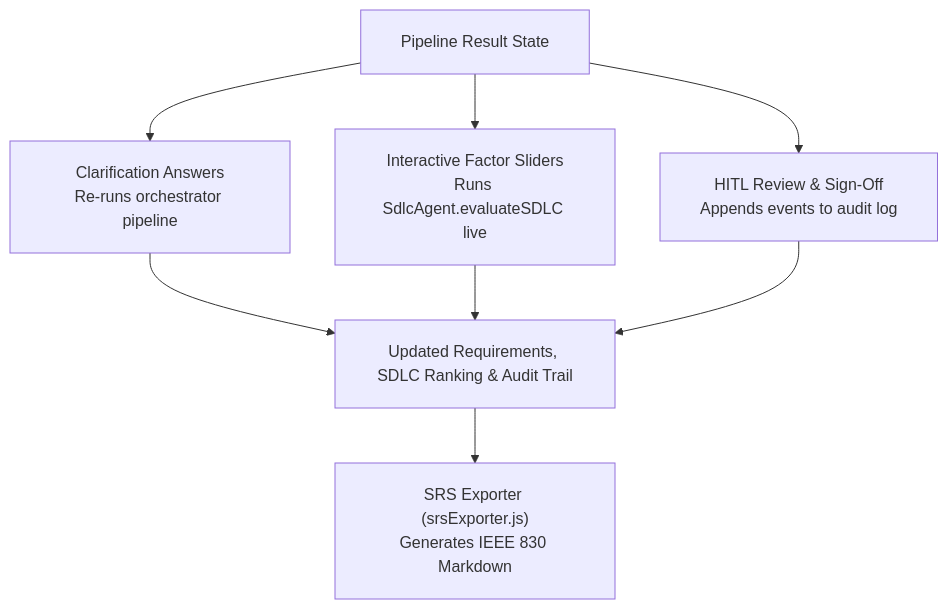
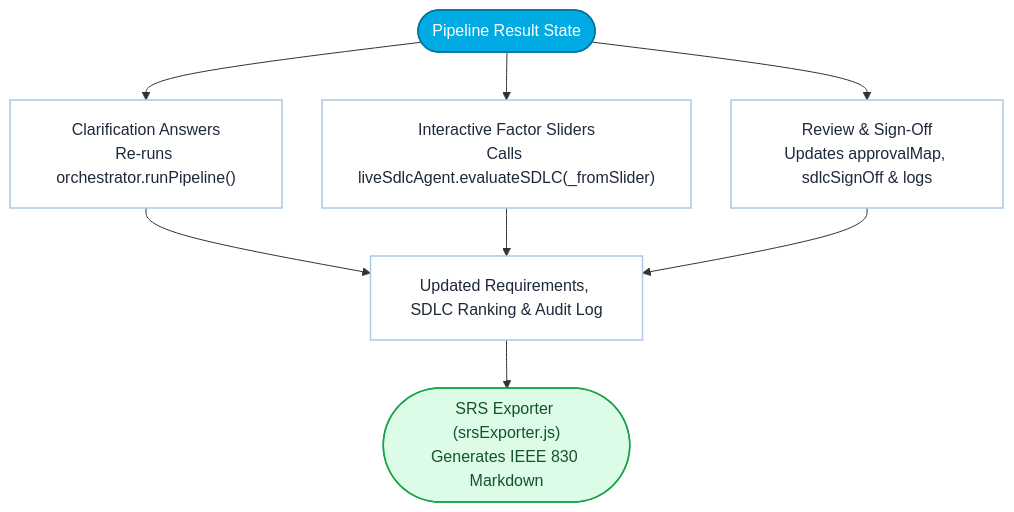
Before and after one commit to shivamkumar87/finreq-ai: the second of 2 diagrams in ARCHITECTURE.md, drawn with Mermaid. The commit also changed other lines of this file and 1 other file, not shown here.

Commit message:
docs: improve Mermaid flowcharts with multi-line labels, decision gates, and styling

````diff
--- a/ARCHITECTURE.md
+++ b/ARCHITECTURE.md
@@ -59,17 +77,25 @@
 ```mermaid
-%%{init: {'flowchart': {'rankSpacing': 55, 'nodeSpacing': 45, 'padding': 20, 'curve': 'basis'}}}%%
+%%{init: {'flowchart': {'rankSpacing': 48, 'nodeSpacing': 40, 'padding': 18, 'curve': 'basis'}}}%%
 flowchart TD
-    State["Pipeline Result State"]
+    State(["Pipeline Result State"])
 
-    Clarif["Clarification Answers\nRe-runs orchestrator pipeline"]
-    Sliders["Interactive Factor Sliders\nRuns SdlcAgent.evaluateSDLC live"]
-    HITL["HITL Review & Sign-Off\nAppends events to audit log"]
+    Clarif["Clarification Answers<br/>Re-runs orchestrator.runPipeline()"]
+    Sliders["Interactive Factor Sliders<br/>Calls liveSdlcAgent.evaluateSDLC(_fromSlider)"]
+    HITL["Review & Sign-Off<br/>Updates approvalMap, sdlcSignOff & logs"]
 
-    Updated["Updated Requirements, SDLC Ranking & Audit Trail"]
-    Export["SRS Exporter (srsExporter.js)\nGenerates IEEE 830 Markdown"]
+    Updated["Updated Requirements, SDLC Ranking & Audit Log"]
+    Export(["SRS Exporter (srsExporter.js)<br/>Generates IEEE 830 Markdown"])
 
     State --> Clarif --> Updated
     State --> Sliders --> Updated
     State --> HITL --> Updated
     Updated --> Export
+
+    classDef io fill:#00ABE4,stroke:#00749E,color:#FFFFFF,stroke-width:1.5px;
+    classDef step fill:#FFFFFF,stroke:#ACC8E8,color:#1E293B,stroke-width:1.5px;
+    classDef done fill:#DCFCE7,stroke:#16A34A,color:#14532D,stroke-width:1.5px;
+
+    class State io;
+    class Clarif,Sliders,HITL,Updated step;
+    class Export done;
 ```
````
